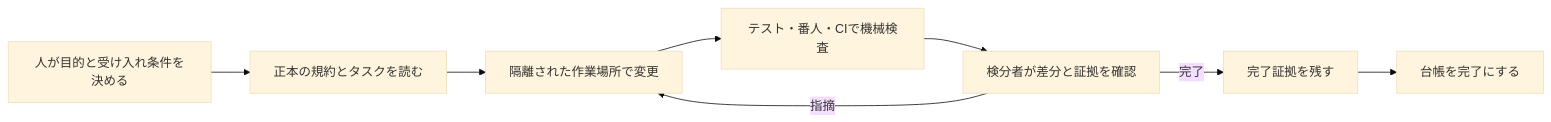
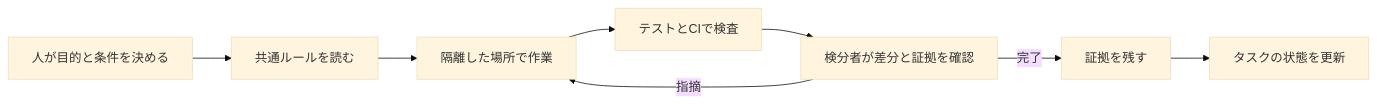
The first of 4 diagrams in docs/articles/qiita-harness-engineering-retrospective.md (kenta-0420/mannschaft), drawn with Mermaid (base theme) before and after one commit. The commit also changed other lines of this file, not shown here.

````diff
--- a/docs/articles/qiita-harness-engineering-retrospective.md
+++ b/docs/articles/qiita-harness-engineering-retrospective.md
@@ -13,10 +11,10 @@
 ```mermaid
 flowchart LR
-  H[人が目的と受け入れ条件を決める] --> C[正本の規約とタスクを読む]
-  C --> W[隔離された作業場所で変更]
-  W --> G[テスト・番人・CIで機械検査]
+  H[人が目的と条件を決める] --> C[共通ルールを読む]
+  C --> W[隔離した場所で作業]
+  W --> G[テストとCIで検査]
   G --> R[検分者が差分と証拠を確認]
   R -->|指摘| W
-  R -->|完了| E[完了証拠を残す]
-  E --> M[台帳を完了にする]
+  R -->|完了| E[証拠を残す]
+  E --> M[タスクの状態を更新]
 ```
````
